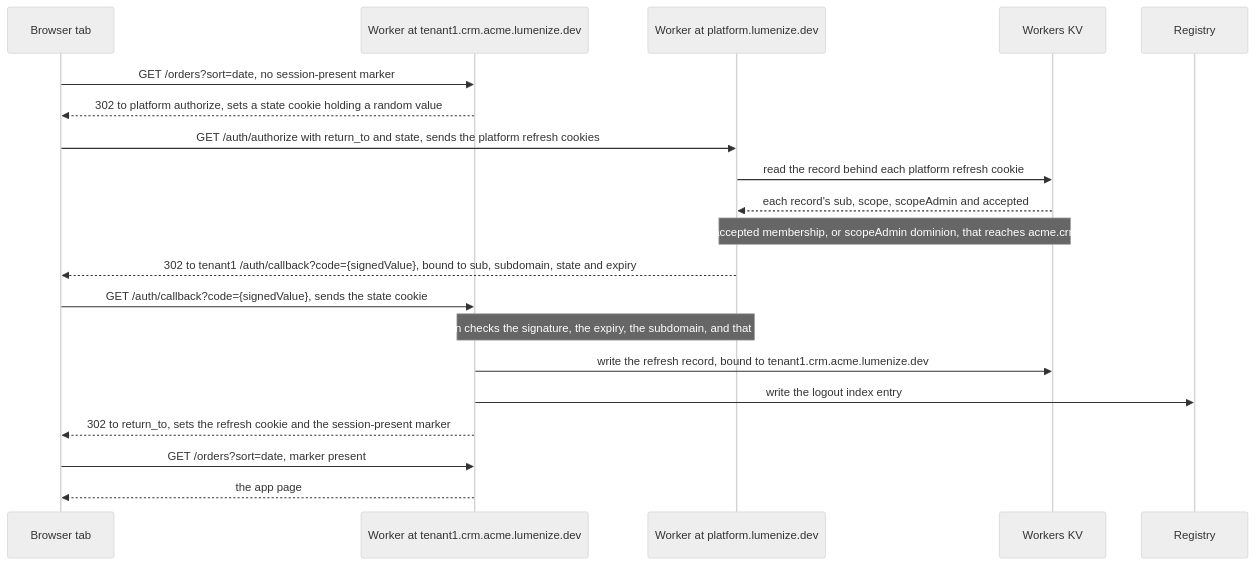
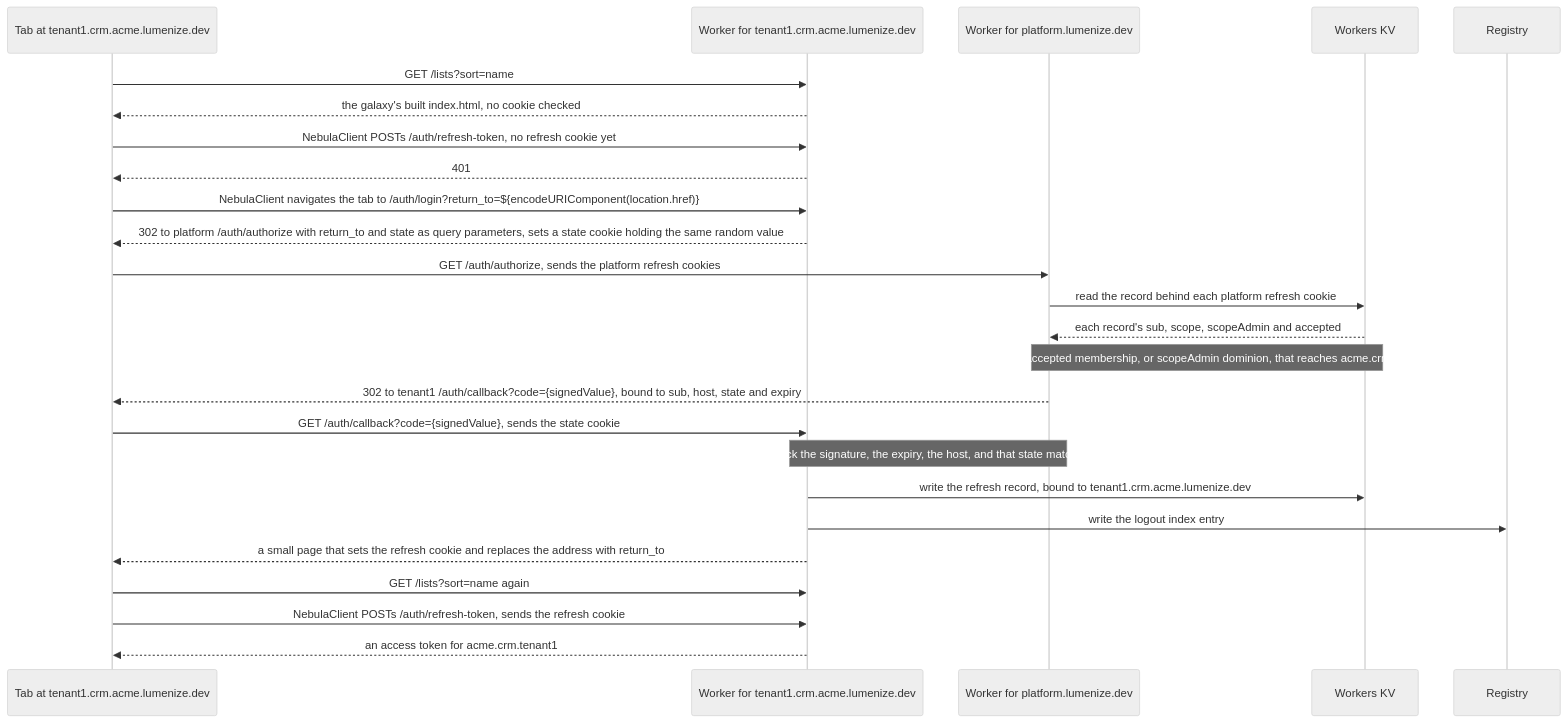
Before and after one commit to lumenize/lumenize: the first of 7 diagrams in tasks/sessions-per-origin.md, drawn with Mermaid (neutral theme). The commit also changed other lines of this file and 5 other files, not shown here.

First line of the commit message:
docs(sessions): client-started sessions, the as-you dev tab, and ADR-021's review

````diff
--- a/tasks/sessions-per-origin.md
+++ b/tasks/sessions-per-origin.md
@@ -83,23 +89,28 @@
 ```mermaid
 sequenceDiagram
-    participant B as Browser tab
-    participant S as Worker at tenant1.crm.acme.lumenize.dev
-    participant P as Worker at platform.lumenize.dev
+    participant B as Tab at tenant1.crm.acme.lumenize.dev
+    participant T as Worker for tenant1.crm.acme.lumenize.dev
+    participant P as Worker for platform.lumenize.dev
     participant K as Workers KV
     participant R as Registry
 
-    B->>S: GET /orders?sort=date, no session-present marker
-    S-->>B: 302 to platform authorize, sets a state cookie holding a random value
-    B->>P: GET /auth/authorize with return_to and state, sends the platform refresh cookies
+    B->>T: GET /lists?sort=name
+    T-->>B: the galaxy's built index.html, no cookie checked
+    B->>T: NebulaClient POSTs /auth/refresh-token, no refresh cookie yet
+    T-->>B: 401
+    B->>T: NebulaClient navigates the tab to /auth/login?return_to=${encodeURIComponent(location.href)}
+    T-->>B: 302 to platform /auth/authorize with return_to and state as query parameters, sets a state cookie holding the same random value
+    B->>P: GET /auth/authorize, sends the platform refresh cookies
     P->>K: read the record behind each platform refresh cookie
     K-->>P: each record's sub, scope, scopeAdmin and accepted
     Note over P,K: pick the accepted membership, or scopeAdmin dominion, that reaches acme.crm.tenant1
-    P-->>B: 302 to tenant1 /auth/callback?code={signedValue}, bound to sub, subdomain, state and expiry
-    B->>S: GET /auth/callback?code={signedValue}, sends the state cookie
-    Note over S,P: the subdomain checks the signature, the expiry, the subdomain, and that state matches
-    S->>K: write the refresh record, bound to tenant1.crm.acme.lumenize.dev
-    S->>R: write the logout index entry
-    S-->>B: 302 to return_to, sets the refresh cookie and the session-present marker
-    B->>S: GET /orders?sort=date, marker present
-    S-->>B: the app page
+    P-->>B: 302 to tenant1 /auth/callback?code={signedValue}, bound to sub, host, state and expiry
+    B->>T: GET /auth/callback?code={signedValue}, sends the state cookie
+    Note over T,P: check the signature, the expiry, the host, and that state matches
+    T->>K: write the refresh record, bound to tenant1.crm.acme.lumenize.dev
+    T->>R: write the logout index entry
+    T-->>B: a small page that sets the refresh cookie and replaces the address with return_to
+    B->>T: GET /lists?sort=name again
+    B->>T: NebulaClient POSTs /auth/refresh-token, sends the refresh cookie
+    T-->>B: an access token for acme.crm.tenant1
 ```
````
